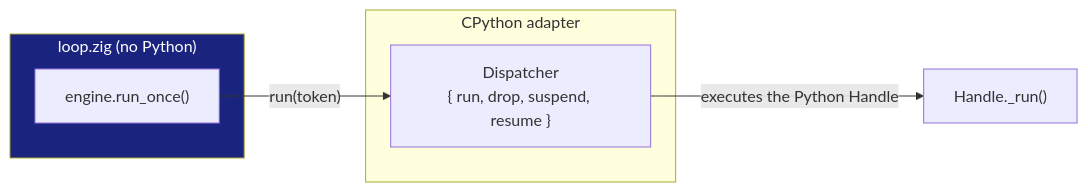
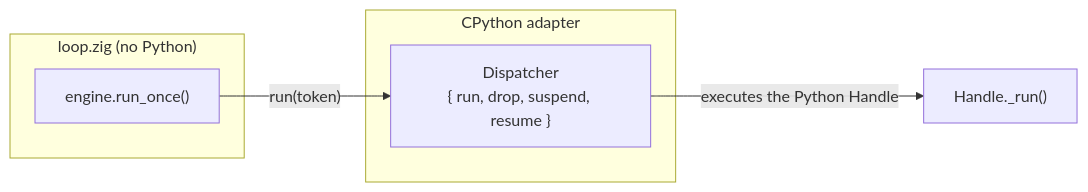
One commit to Kludex/zloop changed the third of 3 diagrams in docs/architecture/the-loop.md. Above: the diagram before and after it, drawn with Mermaid. The commit also changed other lines of this file and 15 other files, not shown here.

First line of the commit message:
Docs: fix mermaid rendering, drop hardcoded fills, em-dashes, update perf

````diff
--- a/docs/architecture/the-loop.md
+++ b/docs/architecture/the-loop.md
@@ -91,12 +88,11 @@
 ```mermaid
 graph LR
     subgraph zig["loop.zig (no Python)"]
         E["engine.run_once()"]
     end
     subgraph py["CPython adapter"]
         D["Dispatcher<br/>{ run, drop, suspend, resume }"]
     end
     E -->|"run(token)"| D
     D -->|"executes the Python Handle"| H["Handle._run()"]
-    style zig fill:#1a237e,color:#fff
 ```
````
